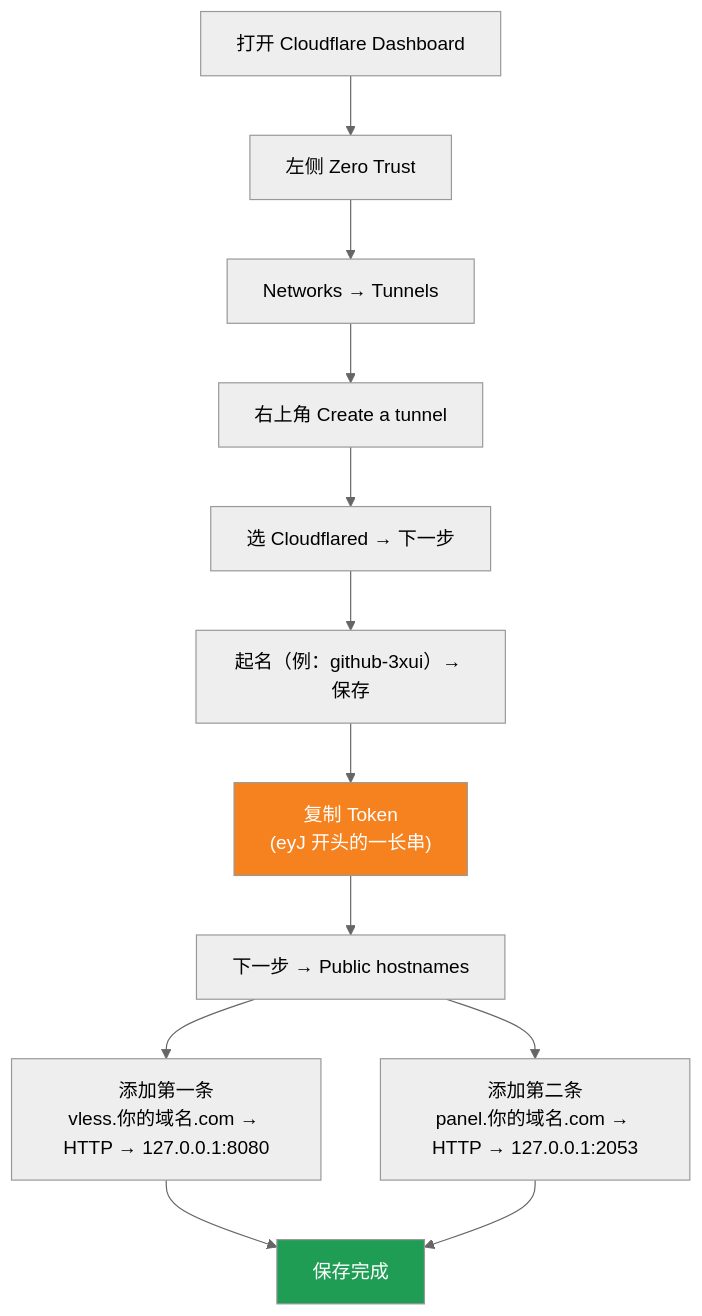
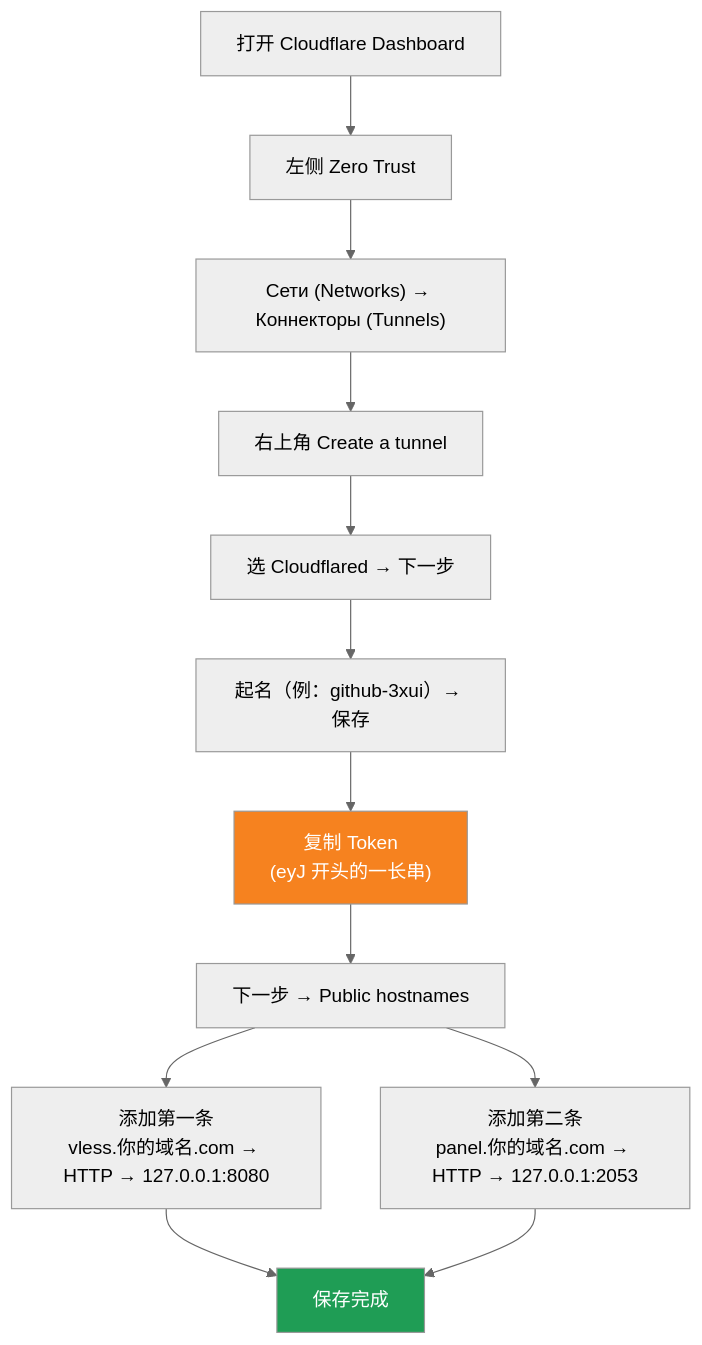
The third of 3 diagrams in README.ru.md (1246437945/cloud-3xui), drawn with Mermaid (neutral theme) before and after one commit. The commit also changed other lines of this file, not shown here.

Commit message:
docs: UI labels

````diff
--- a/README.ru.md
+++ b/README.ru.md
@@ -73,17 +73,17 @@
 ```mermaid
 flowchart TD
     A["打开 Cloudflare Dashboard"] --> B["左侧 Zero Trust"]
-    B --> C["Networks → Tunnels"]
+    B --> C["Сети (Networks) → Коннекторы (Tunnels)"]
     C --> D["右上角 Create a tunnel"]
     D --> E["选 Cloudflared → 下一步"]
     E --> F["起名（例：github-3xui）→ 保存"]
     F --> G["复制 Token<br/>(eyJ 开头的一长串)"]
     G --> H["下一步 → Public hostnames"]
     H --> I["添加第一条<br/>vless.你的域名.com → HTTP → 127.0.0.1:8080"]
     H --> J["添加第二条<br/>panel.你的域名.com → HTTP → 127.0.0.1:2053"]
     I --> K["保存完成"]
     J --> K
 
     style G fill:#f6821f,color:#fff
     style K fill:#1f9d55,color:#fff
 ```
````
